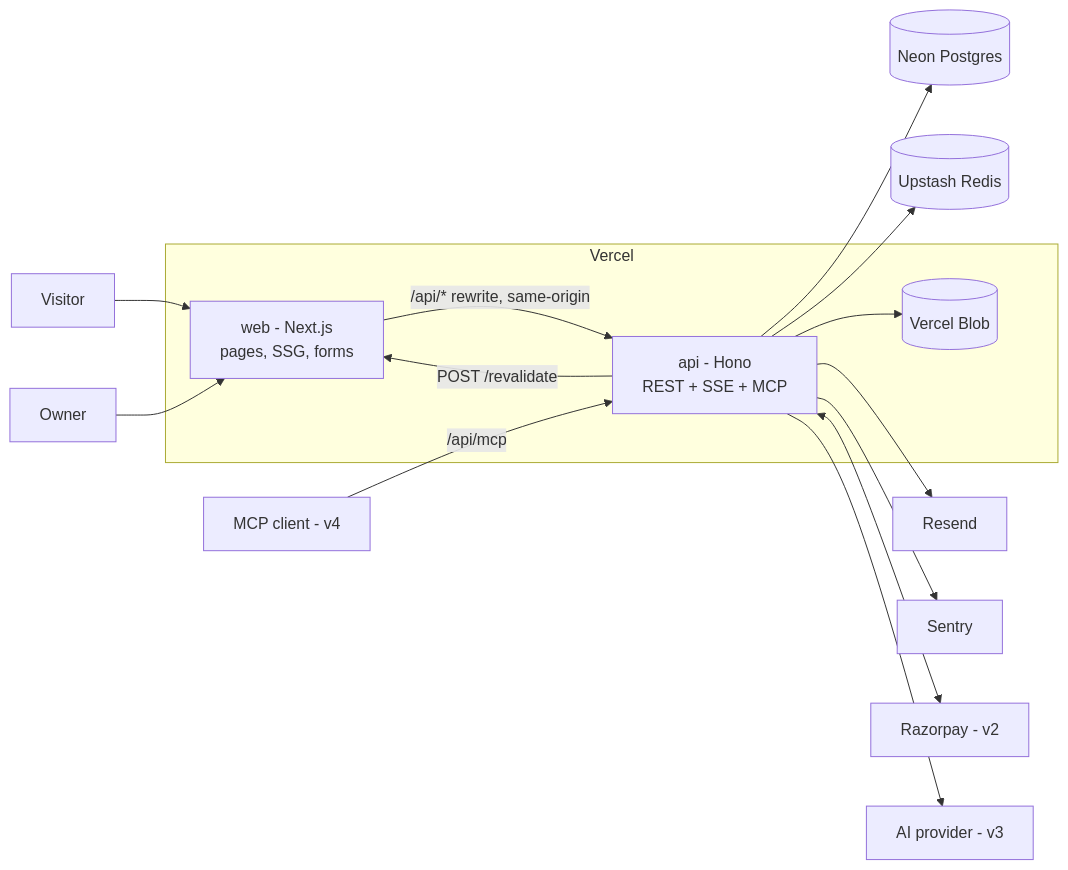
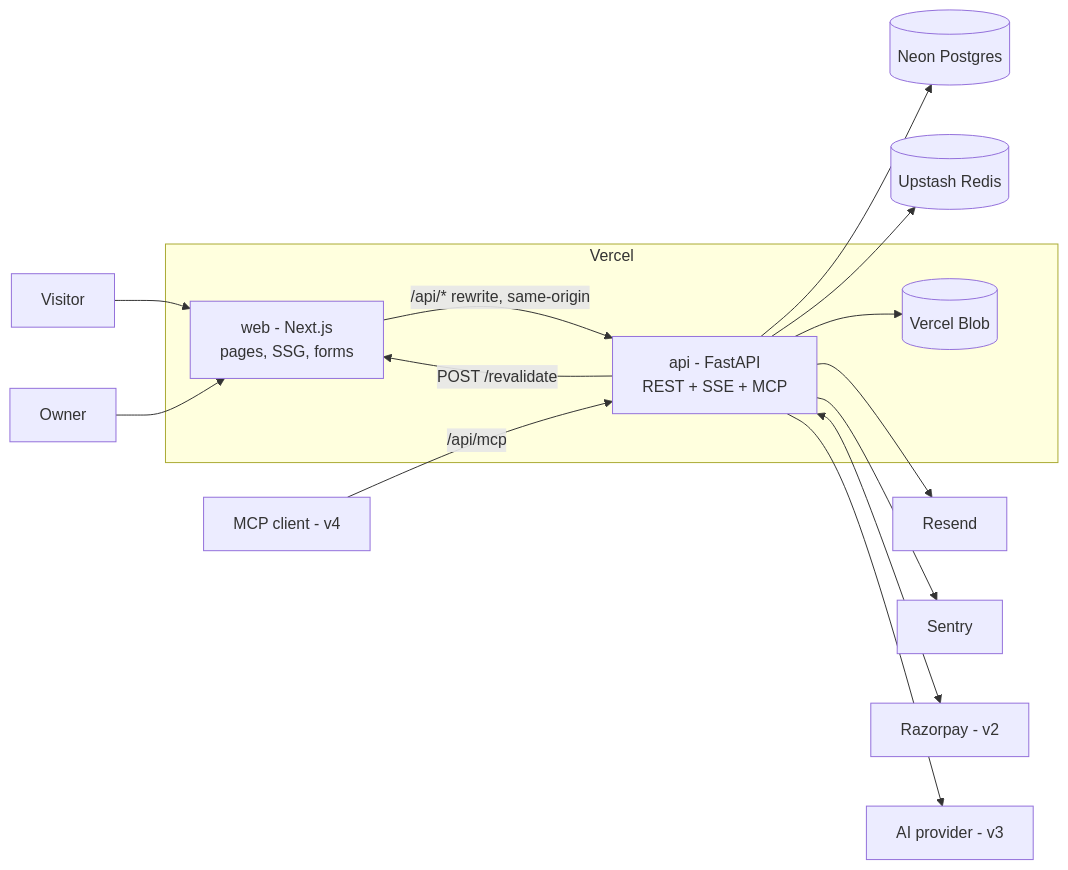
One commit to virajdomadia/tripsmith changed the first of 3 diagrams in docs/05-architecture.md. Above: the diagram before and after it, drawn with Mermaid. The commit also changed other lines of this file and 7 other files, not shown here.

Commit message:
docs: switch the api/ backend from Hono to FastAPI (Python) — revise steps 4–7

````diff
--- a/docs/05-architecture.md
+++ b/docs/05-architecture.md
@@ -19,26 +19,26 @@
 ```mermaid
 flowchart LR
   V[Visitor]
   O[Owner]
   MC[MCP client - v4]
   subgraph Vercel
     WEB[web - Next.js<br/>pages, SSG, forms]
-    API[api - Hono<br/>REST + SSE + MCP]
+    API[api - FastAPI<br/>REST + SSE + MCP]
     BLOB[(Vercel Blob)]
   end
   NEON[(Neon Postgres)]
   UP[(Upstash Redis)]
   RES[Resend]
   SEN[Sentry]
   RZ[Razorpay - v2]
   AI[AI provider - v3]
 
   V --> WEB
   O --> WEB
   WEB -->|/api/* rewrite, same-origin| API
   MC -->|/api/mcp| API
   API --> NEON & UP & BLOB & RES & SEN
   API <--> RZ
   API --> AI
   API -->|POST /revalidate| WEB
 ```
````
